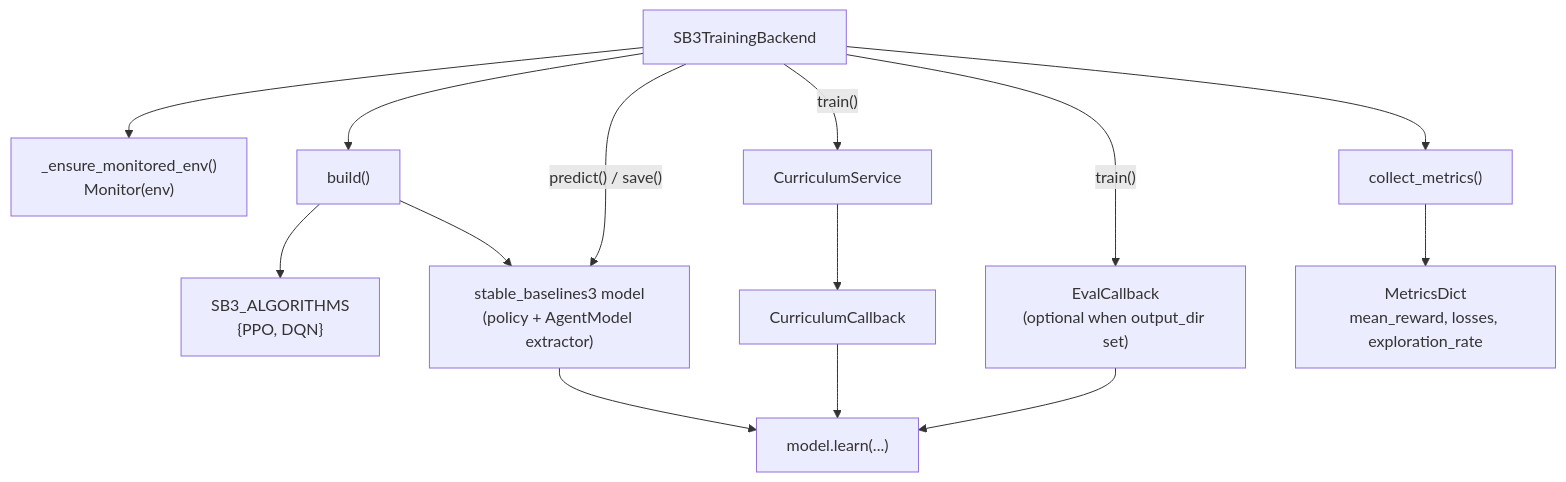
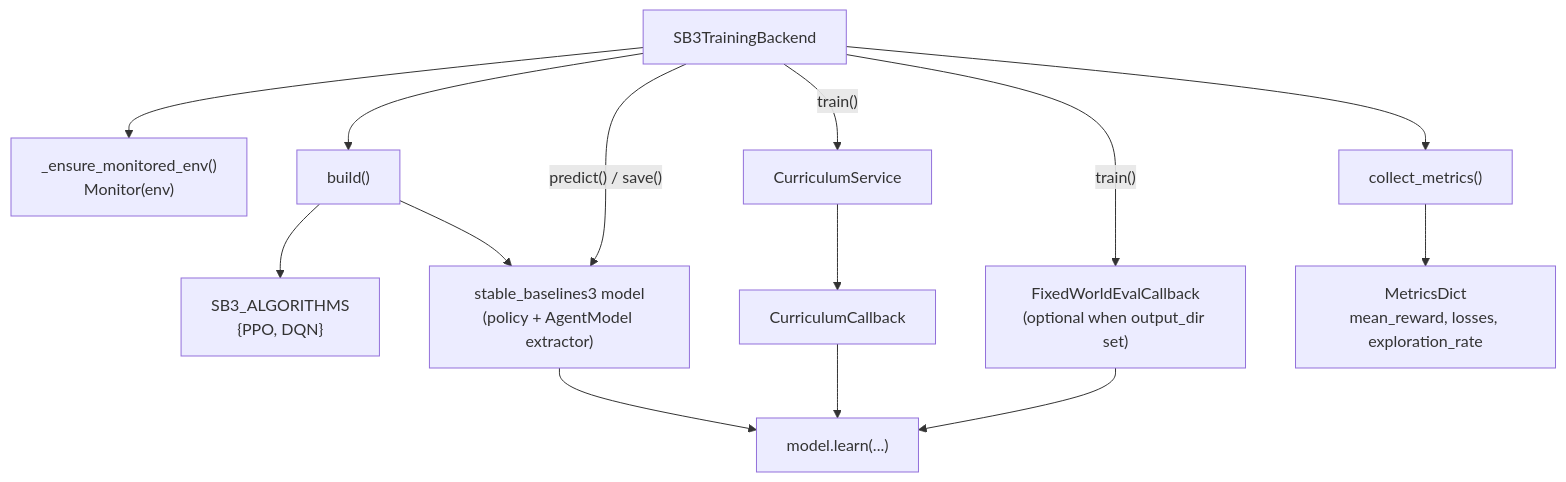
One commit to antoniomangoni/tsp_rl_kg changed the diagram in docs/mermaid_diagrams/training_sb3_backend.md. Above: the diagram before and after it, drawn with Mermaid. The commit also changed 35 other files, not shown here.

````diff
--- a/docs/mermaid_diagrams/training_sb3_backend.md
+++ b/docs/mermaid_diagrams/training_sb3_backend.md
@@ -3,26 +3,26 @@
 ```mermaid
 flowchart TD
     SB3B["SB3TrainingBackend"]
     ALG["SB3_ALGORITHMS\n{PPO, DQN}"]
     MON["_ensure_monitored_env()\nMonitor(env)"]
     BUILD["build()"]
     LEARN["model.learn(...)"]
     CB["CurriculumCallback"]
     CURR["CurriculumService"]
-    EVCB["EvalCallback\n(optional when output_dir set)"]
+    EVCB["FixedWorldEvalCallback\n(optional when output_dir set)"]
     MET["collect_metrics()"]
 
     SB3B --> MON
     SB3B --> BUILD --> ALG
     BUILD --> MODEL["stable_baselines3 model\n(policy + AgentModel extractor)"]
 
     SB3B -->|"train()"| CURR
     CURR --> CB
     SB3B -->|"train()"| EVCB
     MODEL --> LEARN
     CB --> LEARN
     EVCB --> LEARN
 
     SB3B -->|"predict() / save()"| MODEL
     SB3B --> MET --> OUT["MetricsDict\nmean_reward, losses, exploration_rate"]
 ```
````
